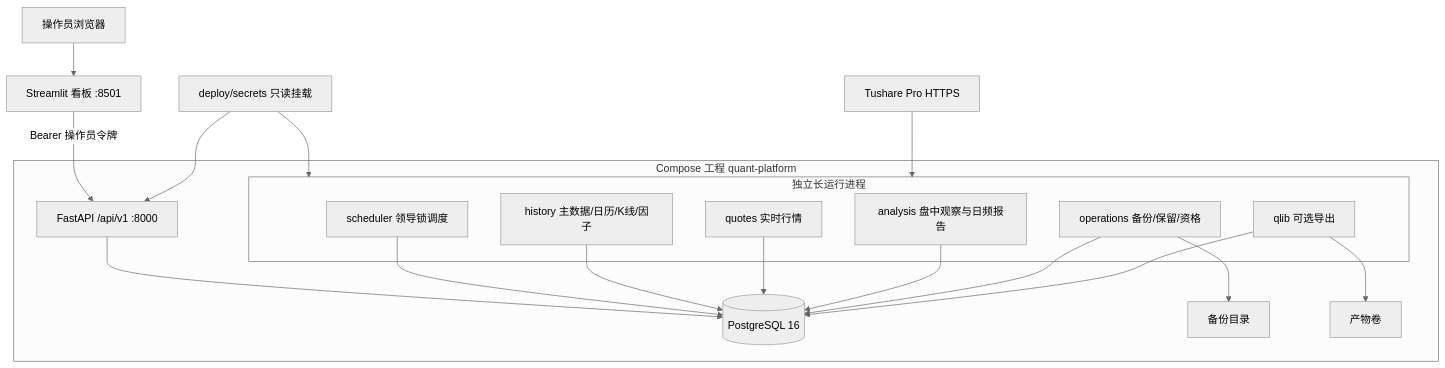
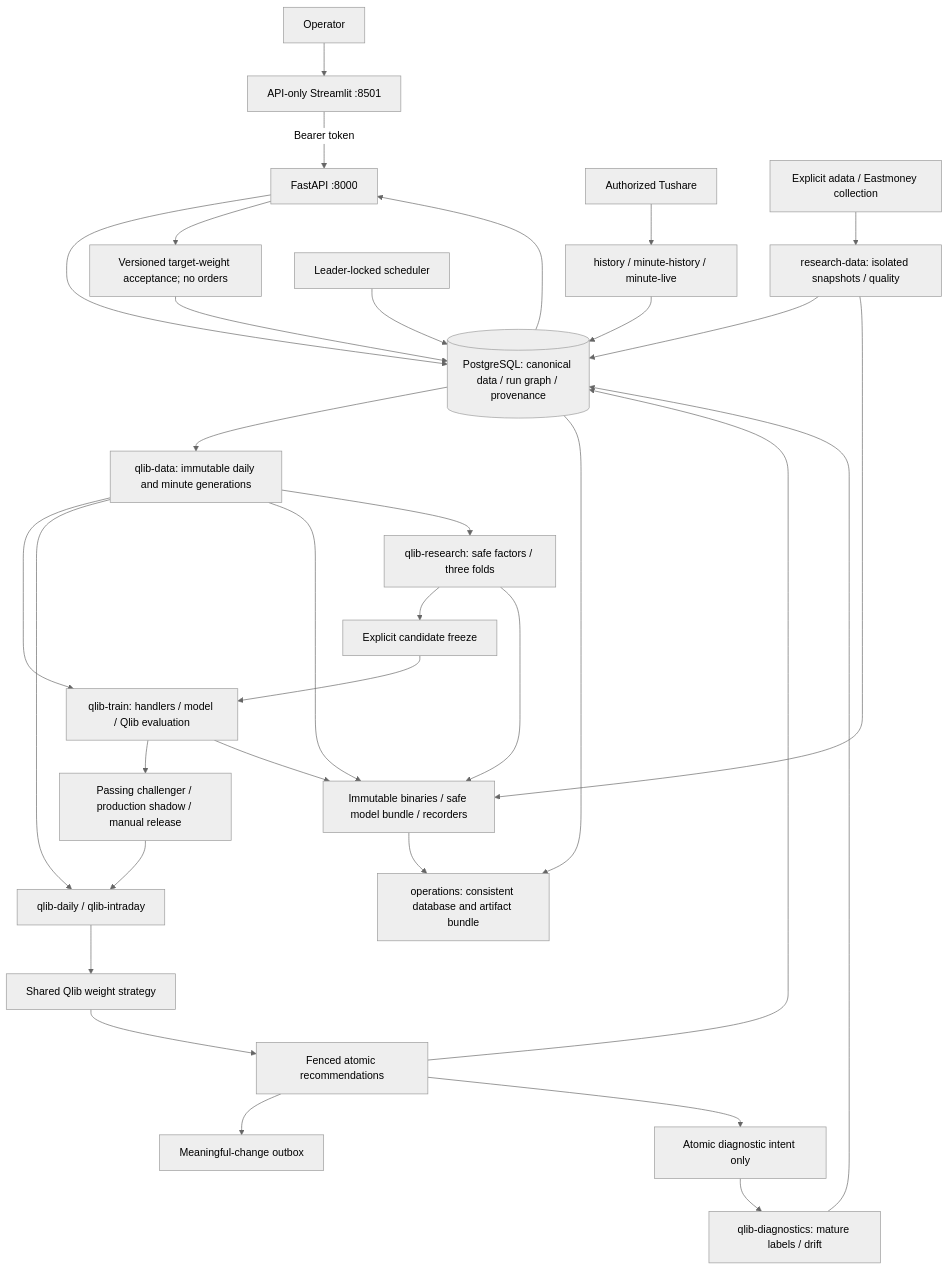
Before and after one commit to youtaya/quap: the diagram in docs/系统架构设计.md, drawn with Mermaid (neutral theme). The commit also changed other lines of this file and 76 other files, not shown here.

Commit message:
feat: add qlib workflow, research experiments, and analysis modules

````diff
--- a/docs/系统架构设计.md
+++ b/docs/系统架构设计.md
@@ -29,27 +19,35 @@
 ```mermaid
 flowchart TB
-  operator[操作员浏览器] --> dashboard[Streamlit 看板 :8501]
-  dashboard -->|Bearer 操作员令牌| api[FastAPI /api/v1 :8000]
-  secrets[deploy/secrets 只读挂载] --> api
-  secrets --> workers
-  tushare[Tushare Pro HTTPS] --> workers
-  subgraph docker [Compose 工程 quant-platform]
-    api --> pg[(PostgreSQL 16)]
-    subgraph workers [独立长运行进程]
-      scheduler[scheduler 领导锁调度]
-      history[history 主数据/日历/K线/因子]
-      quotes[quotes 实时行情]
-      analysis[analysis 盘中观察与日频报告]
-      operations[operations 备份/保留/资格]
-      qlib[qlib 可选导出]
-    end
-    scheduler --> pg
-    history --> pg
-    quotes --> pg
-    analysis --> pg
-    operations --> pg
-    qlib --> pg
-    operations --> backups[备份目录]
-    qlib --> artifacts[产物卷]
-  end
+  operator[Operator] --> dashboard[API-only Streamlit :8501]
+  dashboard -->|Bearer token| api[FastAPI :8000]
+  api --> pg[(PostgreSQL: canonical data / run graph / provenance)]
+  source[Authorized Tushare] --> ingest[history / minute-history / minute-live]
+  ingest --> pg
+  pg --> prepare[qlib-data: immutable daily and minute generations]
+  prepare --> train[qlib-train: handlers / model / Qlib evaluation]
+  train --> registry[Passing challenger / production shadow / manual release]
+  registry --> infer[qlib-daily / qlib-intraday]
+  prepare --> infer
+  infer --> strategy[Shared Qlib weight strategy]
+  strategy --> publish[Fenced atomic recommendations]
+  publish --> pg
+  pg --> api
+  publish --> notify[Meaningful-change outbox]
+  api --> accept[Versioned target-weight acceptance; no orders]
+  accept --> pg
+  scheduler[Leader-locked scheduler] --> pg
+  pg --> backup[operations: consistent database and artifact bundle]
+  prepare --> artifacts[Immutable binaries / safe model bundle / recorders]
+  train --> artifacts
+  artifacts --> backup
+  optional[Explicit adata / Eastmoney collection] --> supplement[research-data: isolated snapshots / quality]
+  supplement --> pg
+  prepare --> experiments[qlib-research: safe factors / three folds]
+  experiments --> frozen[Explicit candidate freeze]
+  frozen --> train
+  publish --> intent[Atomic diagnostic intent only]
+  intent --> diagnostics[qlib-diagnostics: mature labels / drift]
+  diagnostics --> pg
+  experiments --> artifacts
+  supplement --> artifacts
 ```
````
